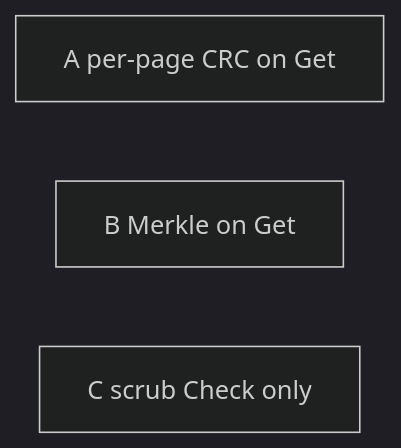
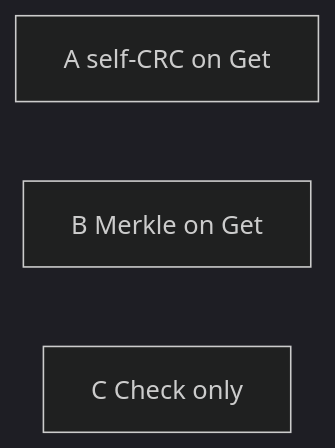
One commit to jagtapdeepak/bbolt changed the diagram in ANALYSIS.md. Above: the diagram before and after it, drawn with Mermaid (dark theme). The commit also changed other lines of this file and 14 other files, not shown here.

First line of the commit message:
Add version-3 page-span CRC-32 and verify it on Get.

````diff
--- a/ANALYSIS.md
+++ b/ANALYSIS.md
@@ -9,6 +66,6 @@
 ```mermaid
 flowchart LR
-  A1[A per-page CRC on Get]
+  A1[A self-CRC on Get]
   A2[B Merkle on Get]
-  A3[C scrub Check only]
+  A3[C Check only]
 ```
````
